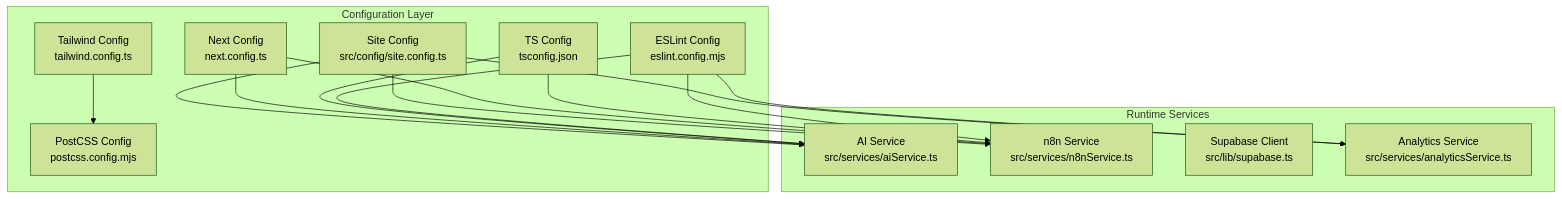
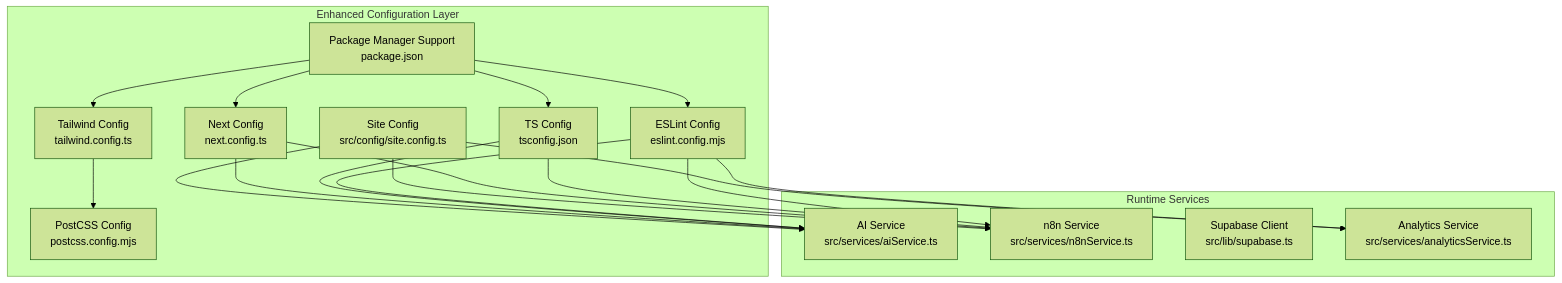
The first of 7 diagrams in .qoder/repowiki/en/content/Configuration and Environment.md (cacamarica/dashboard-ai), drawn with Mermaid (forest theme) before and after one commit. The commit also changed other lines of this file and 14 other files, not shown here.

````diff
--- a/.qoder/repowiki/en/content/Configuration and Environment.md
+++ b/.qoder/repowiki/en/content/Configuration and Environment.md
@@ -43,28 +52,33 @@
 ```mermaid
 graph TB
-subgraph "Configuration Layer"
+subgraph "Enhanced Configuration Layer"
 SC["Site Config<br/>src/config/site.config.ts"]
 NC["Next Config<br/>next.config.ts"]
 TC["TS Config<br/>tsconfig.json"]
 TW["Tailwind Config<br/>tailwind.config.ts"]
 PC["PostCSS Config<br/>postcss.config.mjs"]
 EC["ESLint Config<br/>eslint.config.mjs"]
+PM["Package Manager Support<br/>package.json"]
 end
 subgraph "Runtime Services"
 AS["AI Service<br/>src/services/aiService.ts"]
 NS["n8n Service<br/>src/services/n8nService.ts"]
 SS["Supabase Client<br/>src/lib/supabase.ts"]
 AN["Analytics Service<br/>src/services/analyticsService.ts"]
 end
 SC --> AS
 SC --> NS
 SC --> AN
 NC --> AS
 NC --> NS
 TC --> AS
 TC --> NS
 TW --> PC
 EC --> AS
 EC --> NS
 EC --> AN
+PM --> NC
+PM --> TC
+PM --> TW
+PM --> EC
 ```
````
